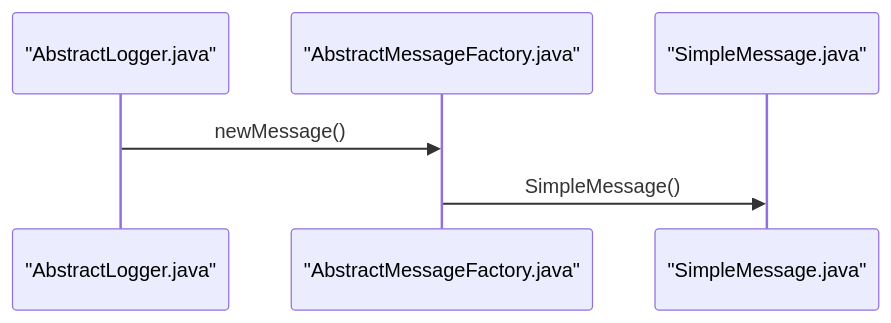
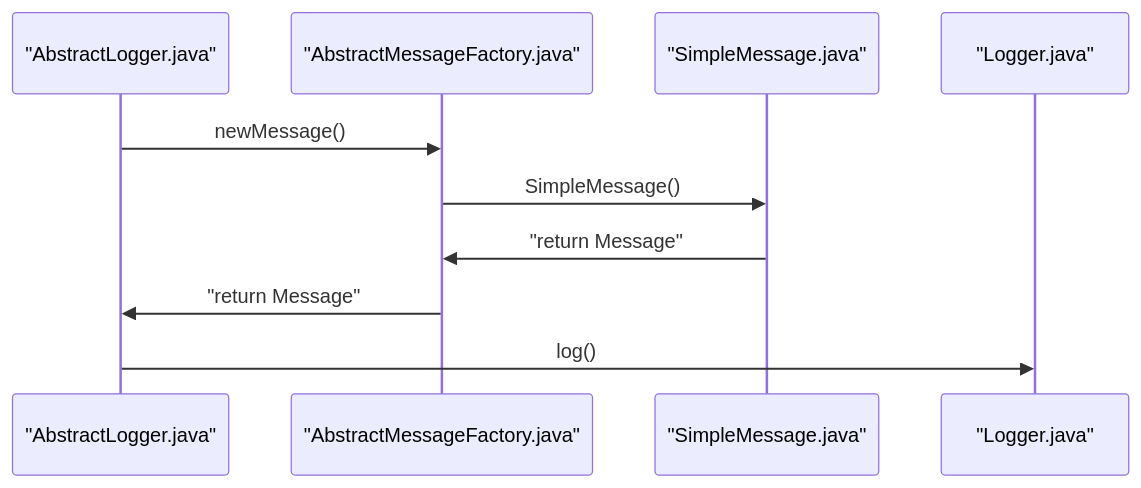
The first of 3 diagrams in README.md (sarnobat/mermaid), drawn with Mermaid before and after one commit.

````diff
--- a/README.md
+++ b/README.md
@@ -5,5 +5,9 @@
 ```mermaid
+
 sequenceDiagram
     "AbstractLogger.java" ->> "AbstractMessageFactory.java" : newMessage()
     "AbstractMessageFactory.java" ->> "SimpleMessage.java" : SimpleMessage()
+    "SimpleMessage.java" ->> "AbstractMessageFactory.java" : "return Message"
+    "AbstractMessageFactory.java" ->> "AbstractLogger.java" : "return Message"
+    "AbstractLogger.java" ->> "Logger.java" : log()
 ```
````
